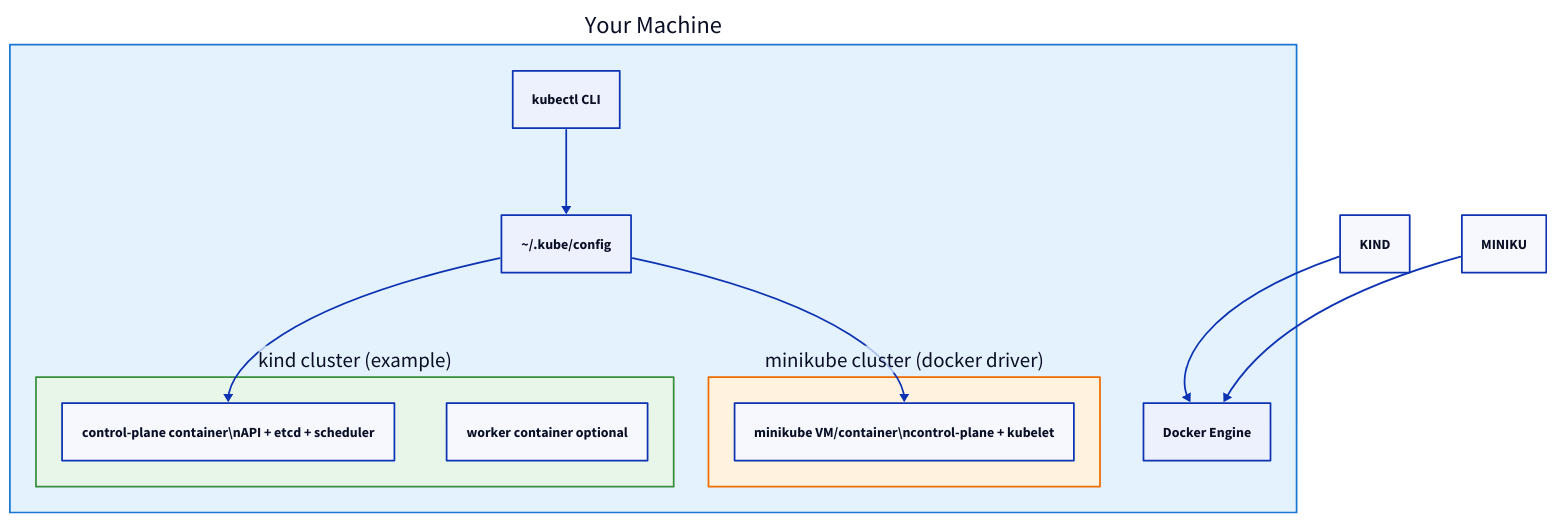
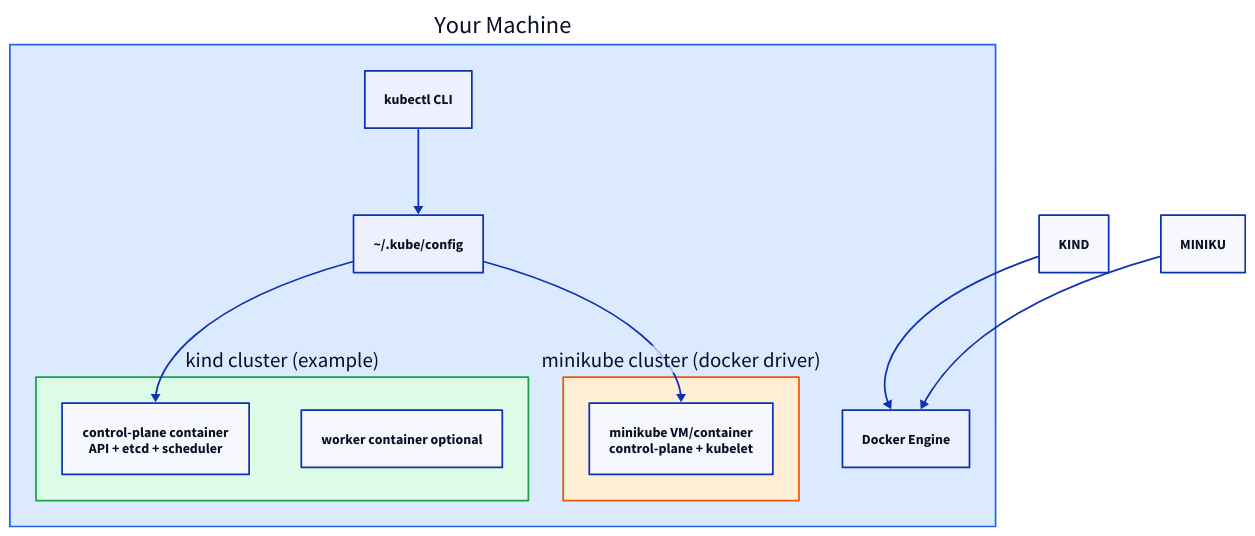
Before and after one commit to rebash-rebash/rebash-academy: the diagram in docs/kubernetes/installing-kubernetes-and-kubectl.md, drawn with D2. The commit also changed other lines of this file and 177 other files, not shown here.

First line of the commit message:
Ship Terraform track, diagram polish, and new brand favicon.

````diff
--- a/docs/kubernetes/installing-kubernetes-and-kubectl.md
+++ b/docs/kubernetes/installing-kubernetes-and-kubectl.md
@@ -56,35 +56,35 @@
 ```d2
 direction: down
 
 LAPTOP: "Your Machine" {
       style: {
-        fill: "#e3f2fd"
-        stroke: "#1976d2"
+        fill: "#dbeafe"
+        stroke: "#2563eb"
       }
         KUBECTL: "kubectl CLI"
         KCFG: "~/.kube/config"
         KIND: "kind cluster (example)" {
           style: {
-            fill: "#e8f5e9"
-            stroke: "#388e3c"
+            fill: "#dcfce7"
+            stroke: "#16a34a"
           }
-            CP: "control-plane container\\nAPI + etcd + scheduler"
+            CP: "control-plane container\nAPI + etcd + scheduler"
             W1: "worker container optional"
         }
         MINIKU: "minikube cluster (docker driver)" {
           style: {
-            fill: "#fff3e0"
-            stroke: "#ef6c00"
+            fill: "#ffedd5"
+            stroke: "#ea580c"
           }
-            MK: "minikube VM/container\\ncontrol-plane + kubelet"
+            MK: "minikube VM/container\ncontrol-plane + kubelet"
         }
         DOCKER: "Docker Engine"
     }
     LAPTOP.KUBECTL -> LAPTOP.KCFG
     LAPTOP.KCFG -> LAPTOP.KIND.CP
     LAPTOP.KCFG -> LAPTOP.MINIKU.MK
     KIND: KIND
     KIND -> LAPTOP.DOCKER
     MINIKU: MINIKU
     MINIKU -> LAPTOP.DOCKER
 ```
````
